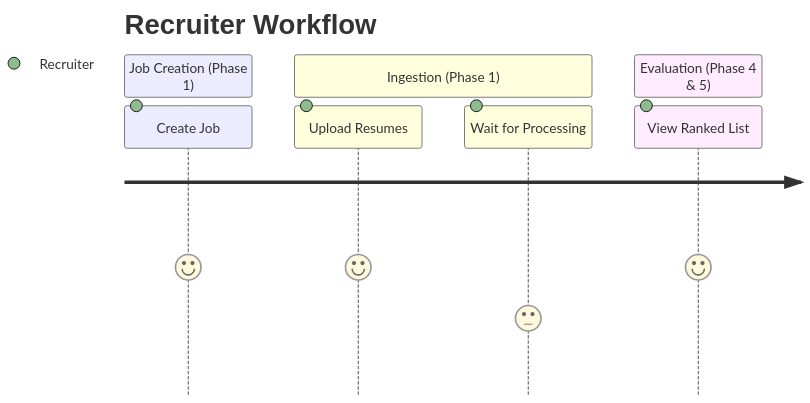
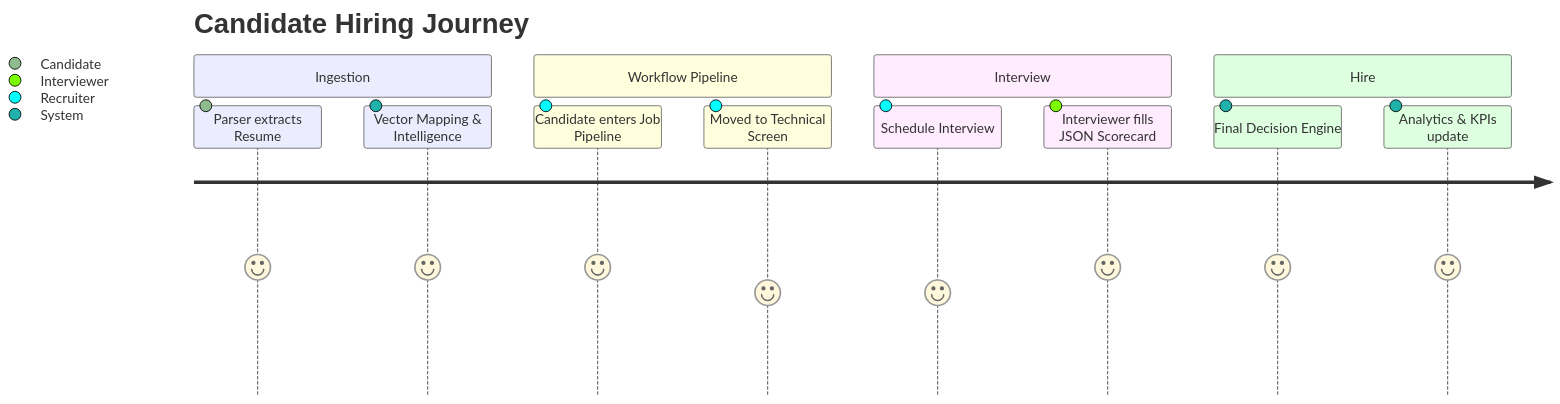
The second of 5 diagrams in docs/04_APP_FLOW.md (vanshbahl/resume-screener), drawn with Mermaid before and after one commit. The commit also changed other lines of this file and 5 other files, not shown here.

````diff
--- a/docs/04_APP_FLOW.md
+++ b/docs/04_APP_FLOW.md
@@ -36,11 +49,16 @@
 ```mermaid
 journey
-    title Recruiter Workflow
-    section Job Creation (Phase 1)
-      Create Job: 5: Recruiter
-    section Ingestion (Phase 1)
-      Upload Resumes: 5: Recruiter
-      Wait for Processing: 3: Recruiter
-    section Evaluation (Phase 4 & 5)
-      View Ranked List: 5: Recruiter
+    title Candidate Hiring Journey
+    section Ingestion
+      Parser extracts Resume: 5: Candidate
+      Vector Mapping & Intelligence: 5: System
+    section Workflow Pipeline
+      Candidate enters Job Pipeline: 5: Recruiter
+      Moved to Technical Screen: 4: Recruiter
+    section Interview
+      Schedule Interview: 4: Recruiter
+      Interviewer fills JSON Scorecard: 5: Interviewer
+    section Hire
+      Final Decision Engine: 5: System
+      Analytics & KPIs update: 5: System
 ```
````
